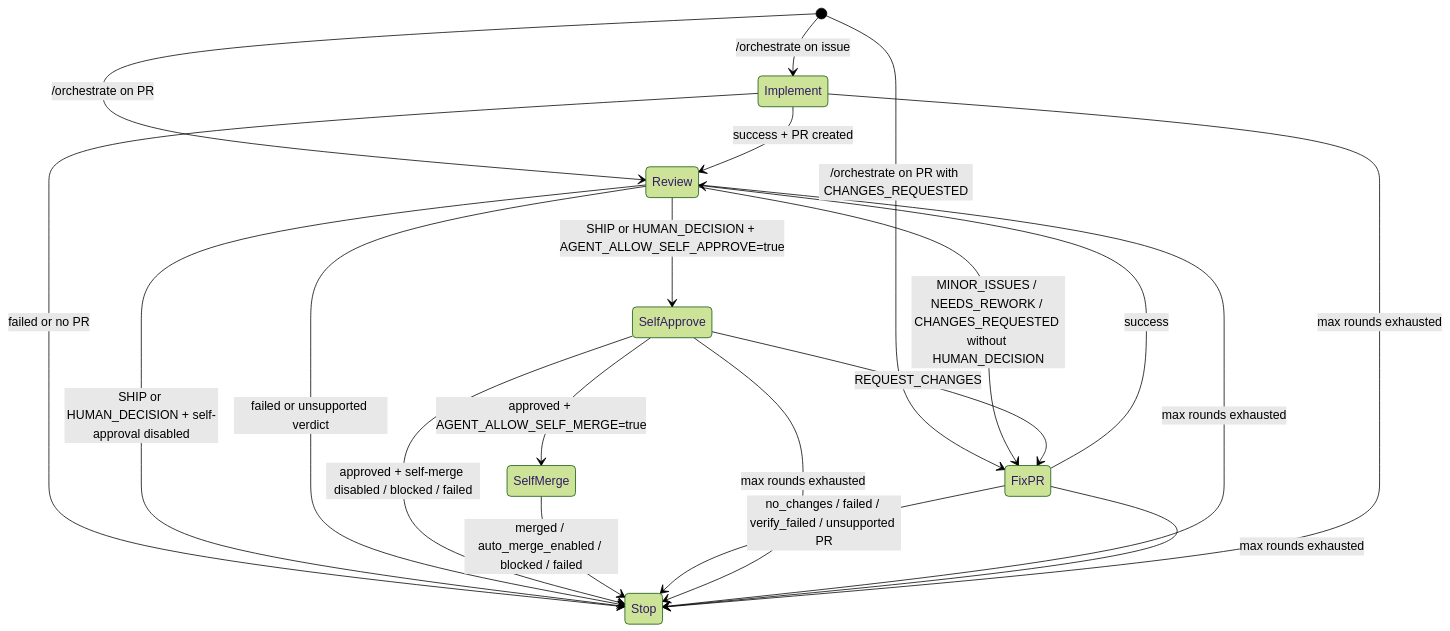
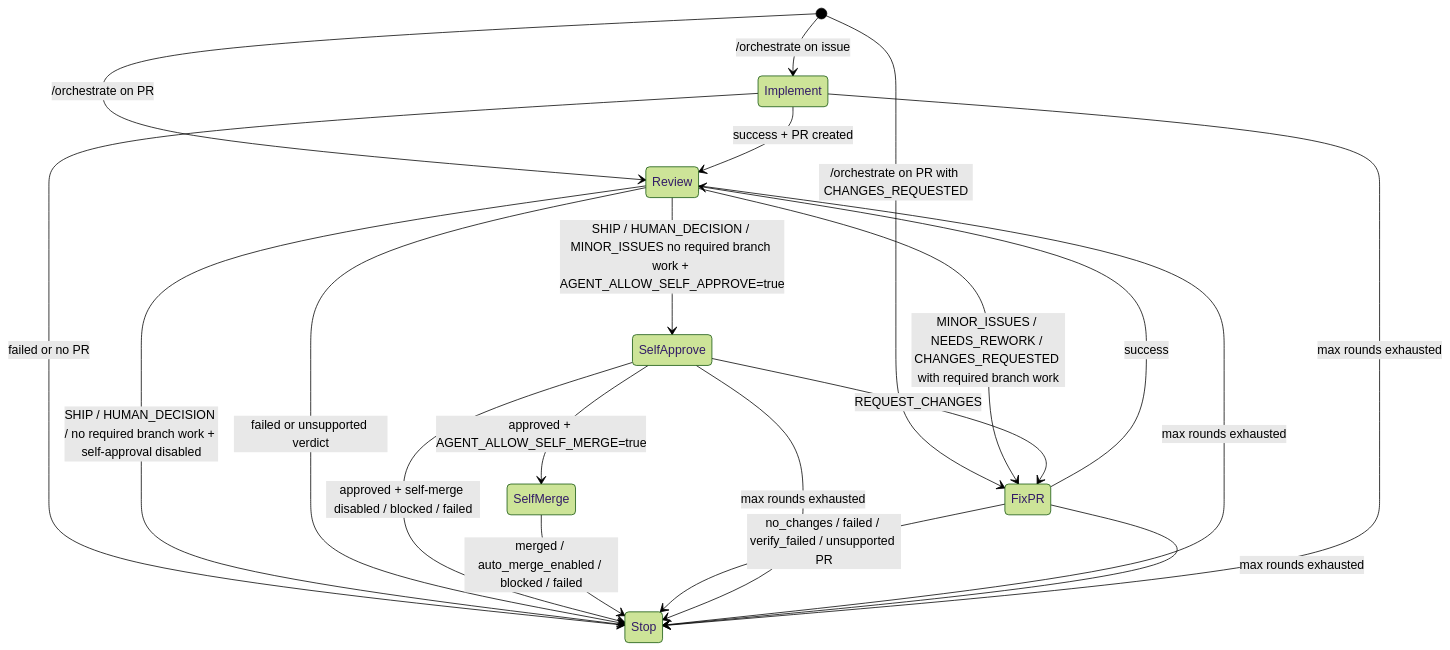
The diagram in .agent/docs/technical-details/agent-orchestrator.md (self-evolving/repo), drawn with Mermaid (forest theme) before and after one commit. The commit also changed other lines of this file and 18 other files, not shown here.

Commit message:
Route no-branch-work reviews to self-approval

````diff
--- a/.agent/docs/technical-details/agent-orchestrator.md
+++ b/.agent/docs/technical-details/agent-orchestrator.md
@@ -18,27 +18,27 @@
 ```mermaid
 stateDiagram-v2
     [*] --> Implement: /orchestrate on issue
     [*] --> Review: /orchestrate on PR
     [*] --> FixPR: /orchestrate on PR with CHANGES_REQUESTED
 
     Implement --> Review: success + PR created
     Implement --> Stop: failed or no PR
 
-    Review --> SelfApprove: SHIP or HUMAN_DECISION + AGENT_ALLOW_SELF_APPROVE=true
-    Review --> FixPR: MINOR_ISSUES / NEEDS_REWORK / CHANGES_REQUESTED without HUMAN_DECISION
-    Review --> Stop: SHIP or HUMAN_DECISION + self-approval disabled
+    Review --> SelfApprove: SHIP / HUMAN_DECISION / MINOR_ISSUES no required branch work + AGENT_ALLOW_SELF_APPROVE=true
+    Review --> FixPR: MINOR_ISSUES / NEEDS_REWORK / CHANGES_REQUESTED with required branch work
+    Review --> Stop: SHIP / HUMAN_DECISION / no required branch work + self-approval disabled
     Review --> Stop: failed or unsupported verdict
 
     SelfApprove --> FixPR: REQUEST_CHANGES
     SelfApprove --> SelfMerge: approved + AGENT_ALLOW_SELF_MERGE=true
     SelfApprove --> Stop: approved + self-merge disabled / blocked / failed
     SelfMerge --> Stop: merged / auto_merge_enabled / blocked / failed
 
     FixPR --> Review: success
     FixPR --> Stop: no_changes / failed / verify_failed / unsupported PR
 
     SelfApprove --> Stop: max rounds exhausted
     Review --> Stop: max rounds exhausted
     FixPR --> Stop: max rounds exhausted
     Implement --> Stop: max rounds exhausted
 ```
````
